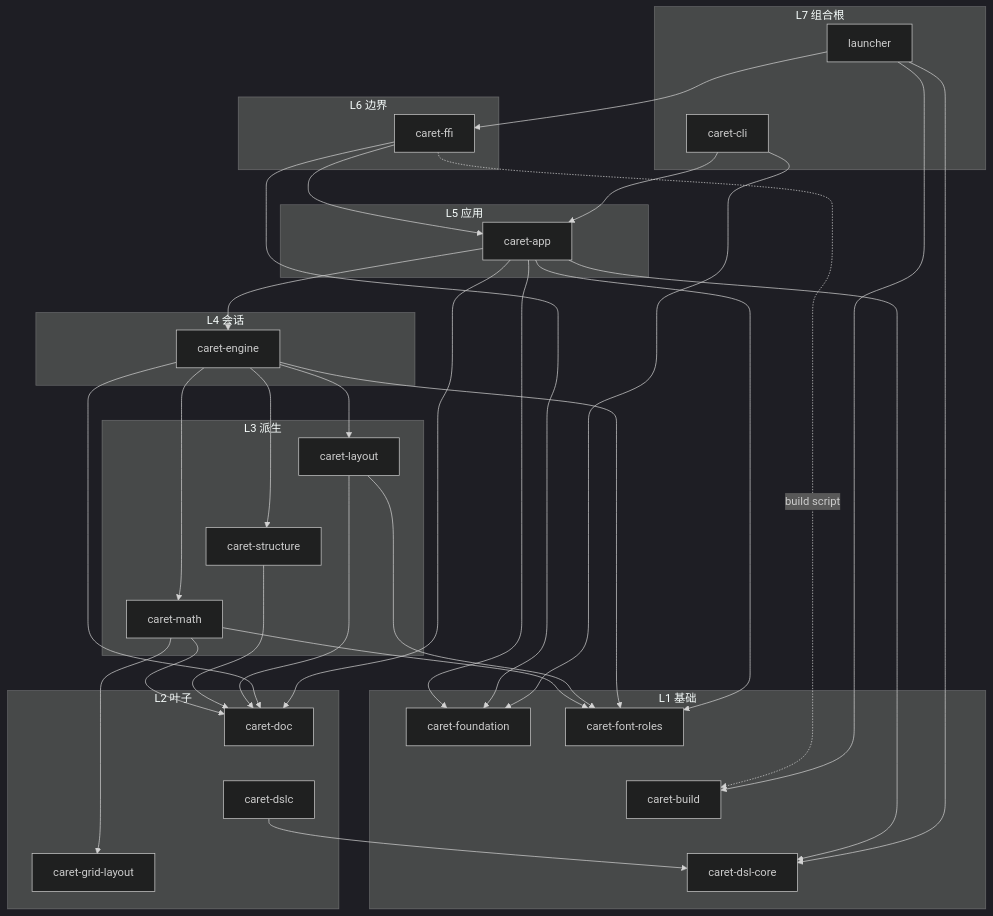
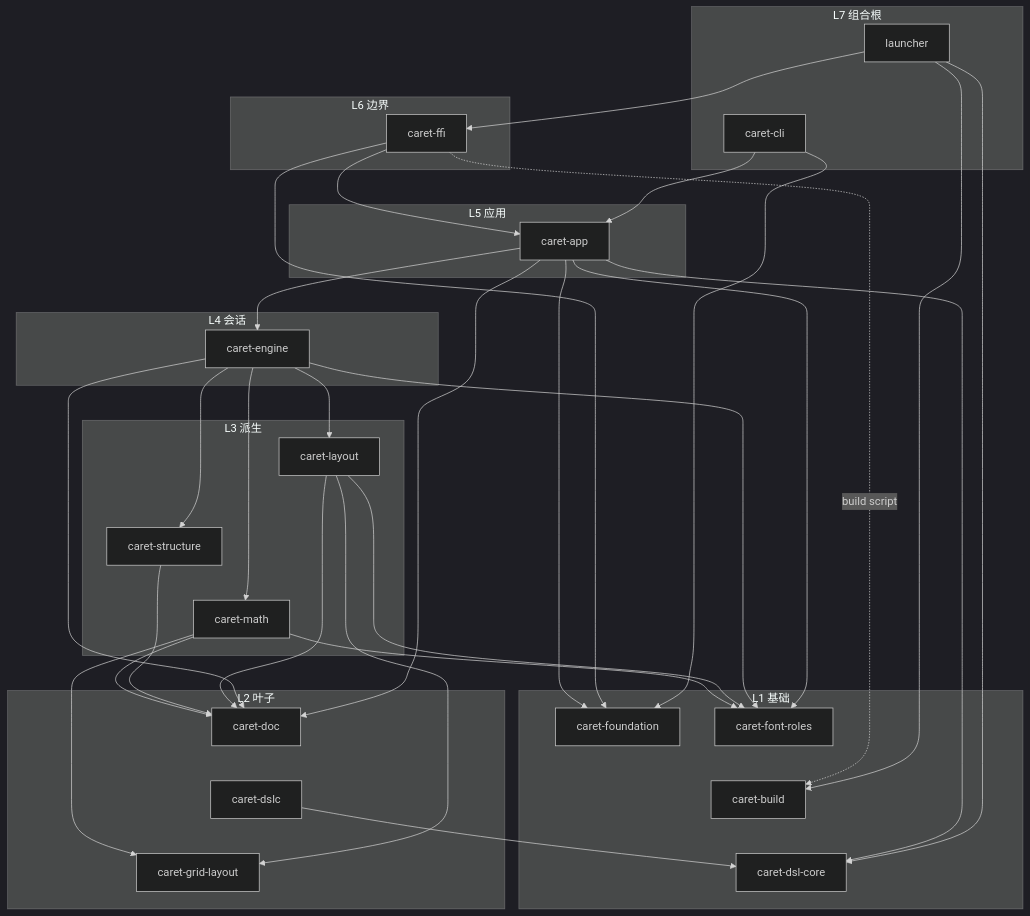
One commit to VibeSTEM/caret changed the first of 2 diagrams in ai-docs/standards/layering/dependency-graphs.md. Above: the diagram before and after it, drawn with Mermaid (dark theme). The commit also changed 53 other files, not shown here.

````diff
--- a/ai-docs/standards/layering/dependency-graphs.md
+++ b/ai-docs/standards/layering/dependency-graphs.md
@@ -5,65 +5,66 @@
 ```mermaid
 flowchart TB
   subgraph L7["L7 组合根"]
     launcher["launcher"]
     cli["caret-cli"]
   end
   subgraph L6["L6 边界"]
     ffi["caret-ffi"]
   end
   subgraph L5["L5 应用"]
     app["caret-app"]
   end
   subgraph L4["L4 会话"]
     engine["caret-engine"]
   end
   subgraph L3["L3 派生"]
     layout["caret-layout"]
     structure["caret-structure"]
     math["caret-math"]
   end
   subgraph L2["L2 叶子"]
     doc["caret-doc"]
     dslc["caret-dslc"]
     grid["caret-grid-layout"]
   end
   subgraph L1["L1 基础"]
     foundation["caret-foundation"]
     build["caret-build"]
     dslcore["caret-dsl-core"]
     fontroles["caret-font-roles"]
   end
 
   launcher --> ffi
   launcher --> build
   launcher --> dslcore
   ffi -. "build script" .-> build
   cli --> app
   cli --> foundation
   launcher ~~~ cli
   ffi --> app
   ffi --> foundation
   app --> engine
   app --> dslcore
   app --> fontroles
   app --> doc
   app --> foundation
   engine --> doc
   engine --> layout
   engine --> structure
   engine --> math
   engine --> fontroles
   layout --> doc
   layout --> fontroles
+  layout --> grid
   structure --> doc
   math --> doc
   math --> fontroles
   math --> grid
   dslc --> dslcore
   layout ~~~ structure
   structure ~~~ math
   doc ~~~ dslc
   foundation ~~~ build
   dslc ~~~ grid
   build ~~~ dslcore
 ```
````
